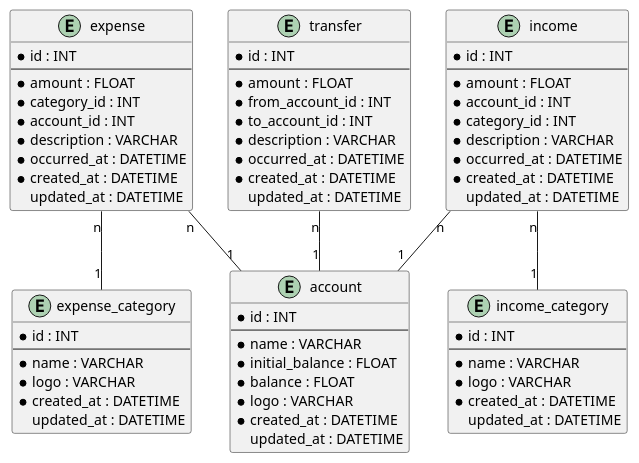
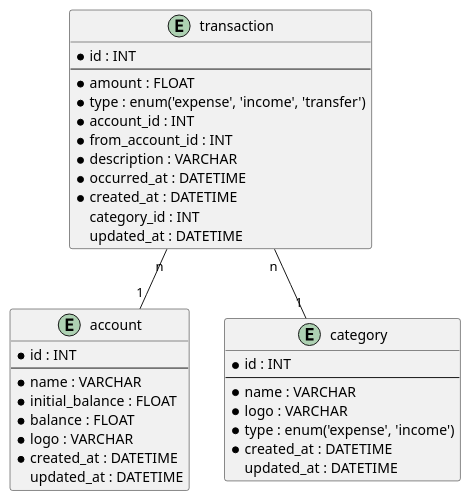
One commit to ylfyt/duitify changed the diagram in docs/erd.puml. Above: the diagram before and after it, drawn with PlantUML. The commit also changed 25 other files, not shown here.

```diff
--- a/docs/erd.puml
+++ b/docs/erd.puml
@@ -1,76 +1,42 @@
 @startuml erd
 
 entity account {
     * id : INT
     --
     * name : VARCHAR
     * initial_balance : FLOAT
     * balance : FLOAT
     * logo : VARCHAR
     * created_at : DATETIME
     updated_at : DATETIME
 }
 
-entity expense_category {
+entity category {
     * id : INT
     --
     * name : VARCHAR
     * logo : VARCHAR
+    * type : enum('expense', 'income')
     * created_at : DATETIME
     updated_at : DATETIME
 }
 
-entity income_category {
+
+entity transaction {
     * id : INT
     --
-    * name : VARCHAR
-    * logo : VARCHAR
+    * amount : FLOAT
+    * type : enum('expense', 'income', 'transfer')
+    * account_id : INT
+    * from_account_id : INT
+    * description : VARCHAR
+    * occurred_at : DATETIME
     * created_at : DATETIME
+    category_id : INT
     updated_at : DATETIME
 }
 
-entity expense {
-    * id : INT
-    --
-    * amount : FLOAT
-    * category_id : INT
-    * account_id : INT
-    * description : VARCHAR
-    * occurred_at : DATETIME
-    * created_at : DATETIME
-    updated_at : DATETIME
-}
-
-entity income {
-    * id : INT
-    --
-    * amount : FLOAT
-    * account_id : INT
-    * category_id : INT
-    * description : VARCHAR
-    * occurred_at : DATETIME
-    * created_at : DATETIME
-    updated_at : DATETIME
-}
-
-entity transfer {
-    * id : INT
-    --
-    * amount : FLOAT
-    * from_account_id : INT
-    * to_account_id : INT
-    * description : VARCHAR
-    * occurred_at : DATETIME
-    * created_at : DATETIME
-    updated_at : DATETIME
-}
-
-expense "n" -- "1" account
-expense "n" -- "1" expense_category
-
-income "n" -- "1" account
-income "n" -- "1" income_category
-
-transfer "n" -- "1" account
+transaction "n" -- "1" account
+transaction "n" -- "1" category
 
 @enduml
```
